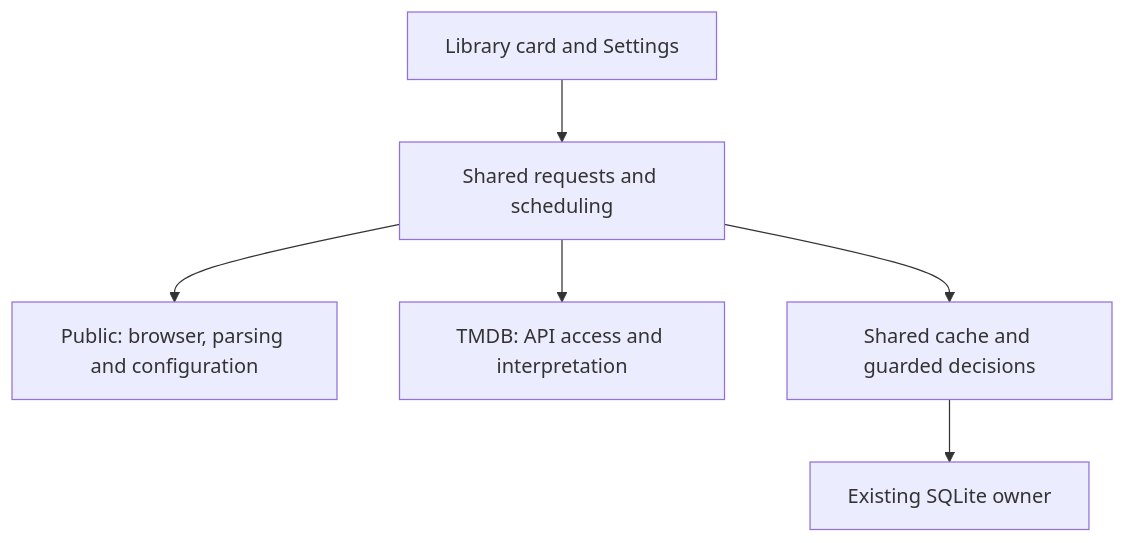
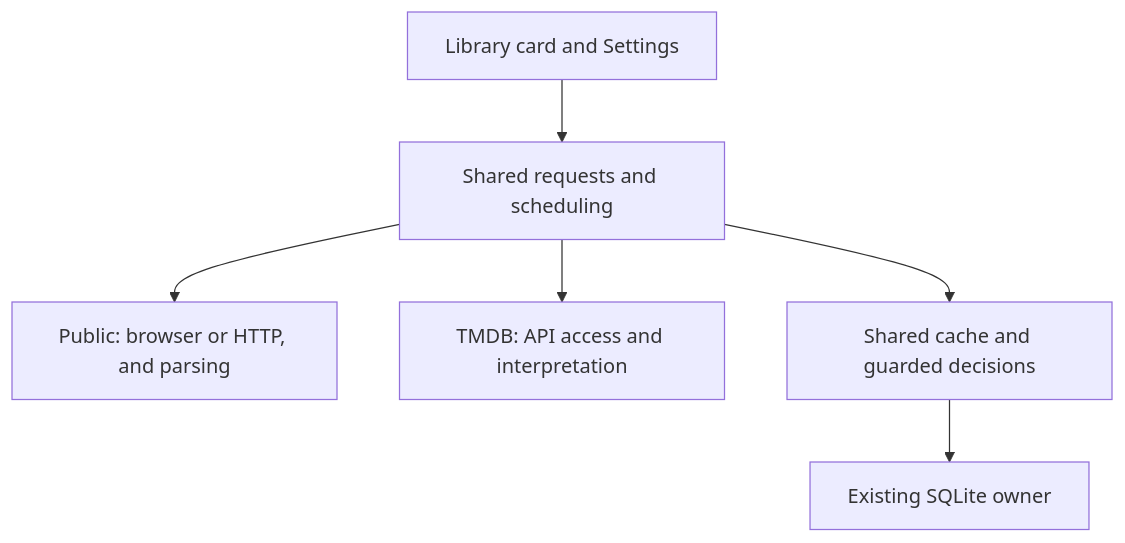
The diagram in docs/movie-websites.md (SynoSoftware/TinyTorrent2), drawn with Mermaid before and after one commit. The commit also changed other lines of this file and 245 other files, not shown here.

````diff
--- a/docs/movie-websites.md
+++ b/docs/movie-websites.md
@@ -142,8 +169,8 @@
 ```mermaid
 flowchart TD
     UI["Library card and Settings"] --> Lookup["Shared requests and scheduling"]
-    Lookup --> Public["Public: browser, parsing and configuration"]
+    Lookup --> Public["Public: browser or HTTP, and parsing"]
     Lookup --> Tmdb["TMDB: API access and interpretation"]
     Lookup --> Store["Shared cache and guarded decisions"]
     Store --> Database["Existing SQLite owner"]
 ```
````
